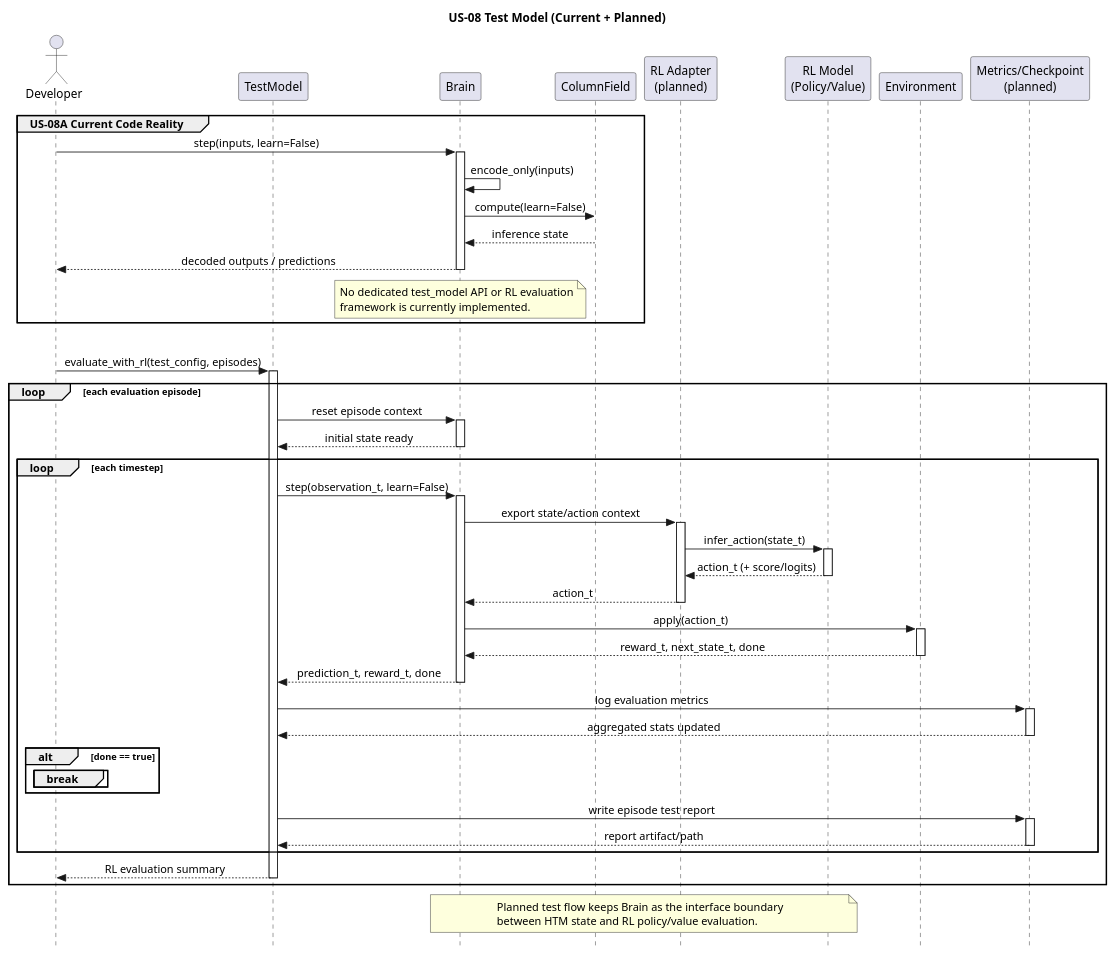
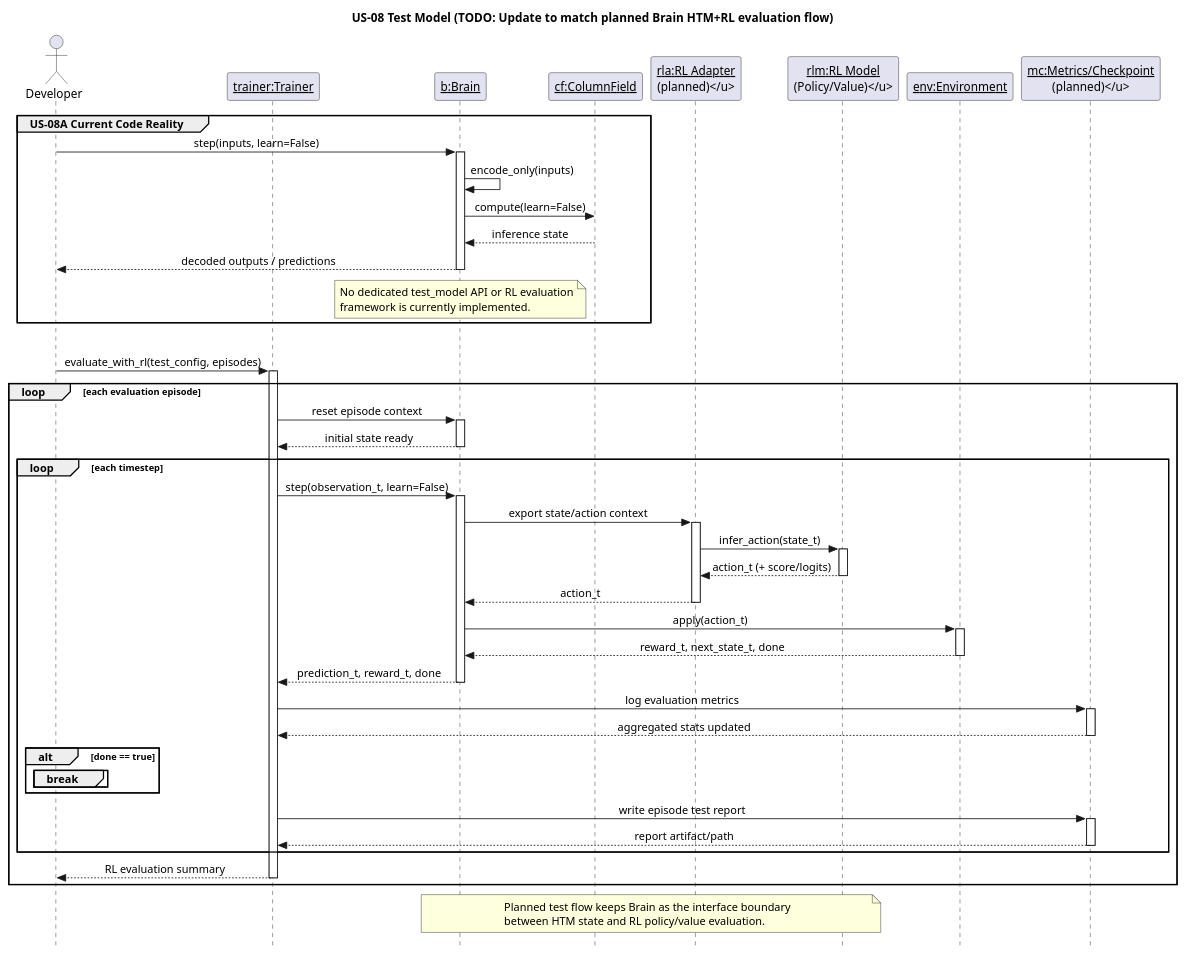
Before and after one commit to egrembocki/htmrl: the diagram in docs/puml/US/us-08.puml, drawn with PlantUML. The commit also changed 8 other files, not shown here.

```diff
--- a/docs/puml/US/us-08.puml
+++ b/docs/puml/US/us-08.puml
@@ -1,86 +1,86 @@
 @startuml
 skinparam style strictuml
 skinparam sequenceMessageAlign center
 skinparam responseMessageBelowArrow true
 
-title US-08 Test Model (Current + Planned)
+title US-08 Test Model (TODO: Update to match planned Brain HTM+RL evaluation flow)
 
 actor Developer
-participant "TestModel" as TM
-participant "Brain" as BR
-participant "ColumnField" as CF
-participant "RL Adapter\n(planned)" as RLA
-participant "RL Model\n(Policy/Value)" as RLM
-participant "Environment" as ENV
-participant "Metrics/Checkpoint\n(planned)" as MC
+participant "<u>trainer:Trainer</u>" as TM
+participant "<u>b:Brain</u>" as BR
+participant "<u>cf:ColumnField</u>" as CF
+participant "<u>rla:RL Adapter\n(planned)</u>" as RLA
+participant "<u>rlm:RL Model\n(Policy/Value)</u>" as RLM
+participant "<u>env:Environment</u>" as ENV
+participant "<u>mc:Metrics/Checkpoint\n(planned)</u>" as MC
 
 group US-08A Current Code Reality
   Developer -> BR: step(inputs, learn=False)
   activate BR
   BR -> BR: encode_only(inputs)
   BR -> CF: compute(learn=False)
   CF --> BR: inference state
   BR --> Developer: decoded outputs / predictions
   deactivate BR
 
   note over BR
   No dedicated test_model API or RL evaluation
   framework is currently implemented.
   end note
 end
 
 group US-08B Planned RL Model Testing Loop (Figure 6-1 / 6-2 Alignment)
   Developer -> TM: evaluate_with_rl(test_config, episodes)
   activate TM
 
   loop each evaluation episode
     TM -> BR: reset episode context
     activate BR
     BR --> TM: initial state ready
     deactivate BR
 
     loop each timestep
       TM -> BR: step(observation_t, learn=False)
       activate BR
       BR -> RLA: export state/action context
       activate RLA
       RLA -> RLM: infer_action(state_t)
       activate RLM
       RLM --> RLA: action_t (+ score/logits)
       deactivate RLM
       RLA --> BR: action_t
       deactivate RLA
 
       BR -> ENV: apply(action_t)
       activate ENV
       ENV --> BR: reward_t, next_state_t, done
       deactivate ENV
 
       BR --> TM: prediction_t, reward_t, done
       deactivate BR
 
       TM -> MC: log evaluation metrics
       activate MC
       MC --> TM: aggregated stats updated
       deactivate MC
 
       alt done == true
         break
       end
     end
 
     TM -> MC: write episode test report
     activate MC
     MC --> TM: report artifact/path
     deactivate MC
   end
 
   TM --> Developer: RL evaluation summary
   deactivate TM
 end
 
 note over BR,RLM
 Planned test flow keeps Brain as the interface boundary
 between HTM state and RL policy/value evaluation.
 end note
 @enduml
```
